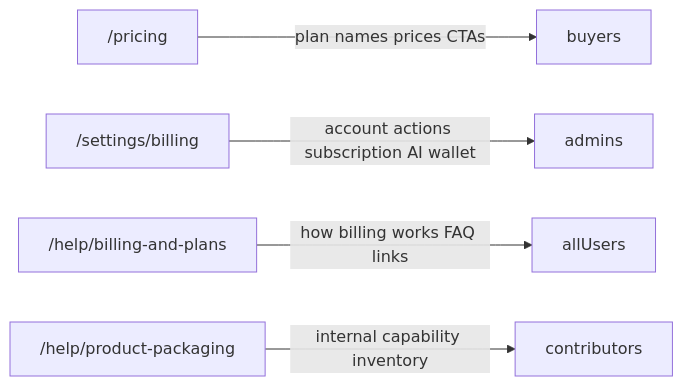
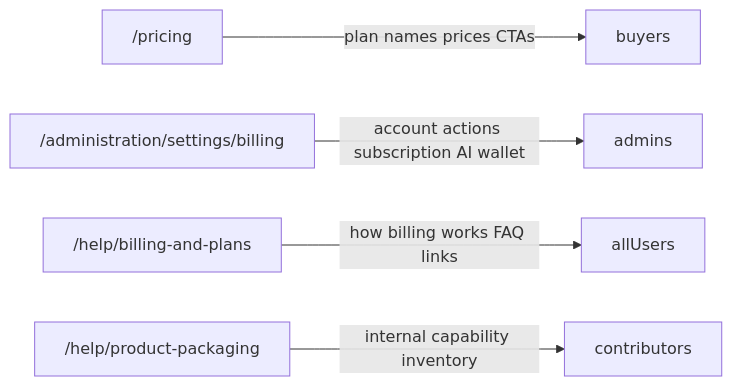
Before and after one commit to joefrancisGA/ArchLucid: the diagram in docs/architecture/help_billing_and_plans_redesign.md, drawn with Mermaid. The commit also changed other lines of this file and 477 other files, not shown here.

````diff
--- a/docs/architecture/help_billing_and_plans_redesign.md
+++ b/docs/architecture/help_billing_and_plans_redesign.md
@@ -183,12 +183,12 @@
 ```mermaid
 flowchart LR
   pricing["/pricing"]
-  billingSettings["/settings/billing"]
+  billingSettings["/administration/settings/billing"]
   helpBilling["/help/billing-and-plans"]
   packaging["/help/product-packaging"]
 
   pricing -->|"plan names prices CTAs"| buyers
   billingSettings -->|"account actions subscription AI wallet"| admins
   helpBilling -->|"how billing works FAQ links"| allUsers
   packaging -->|"internal capability inventory"| contributors
 ```
````
